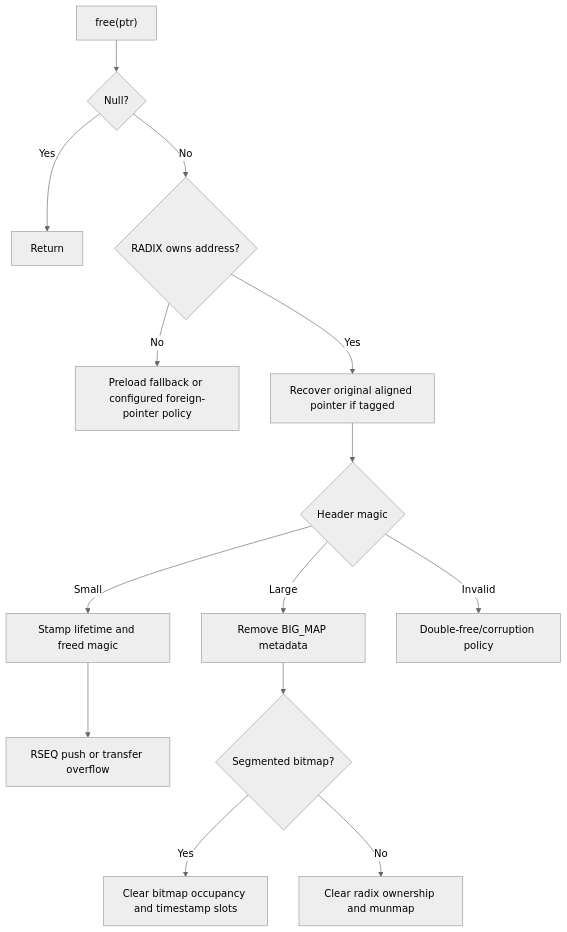
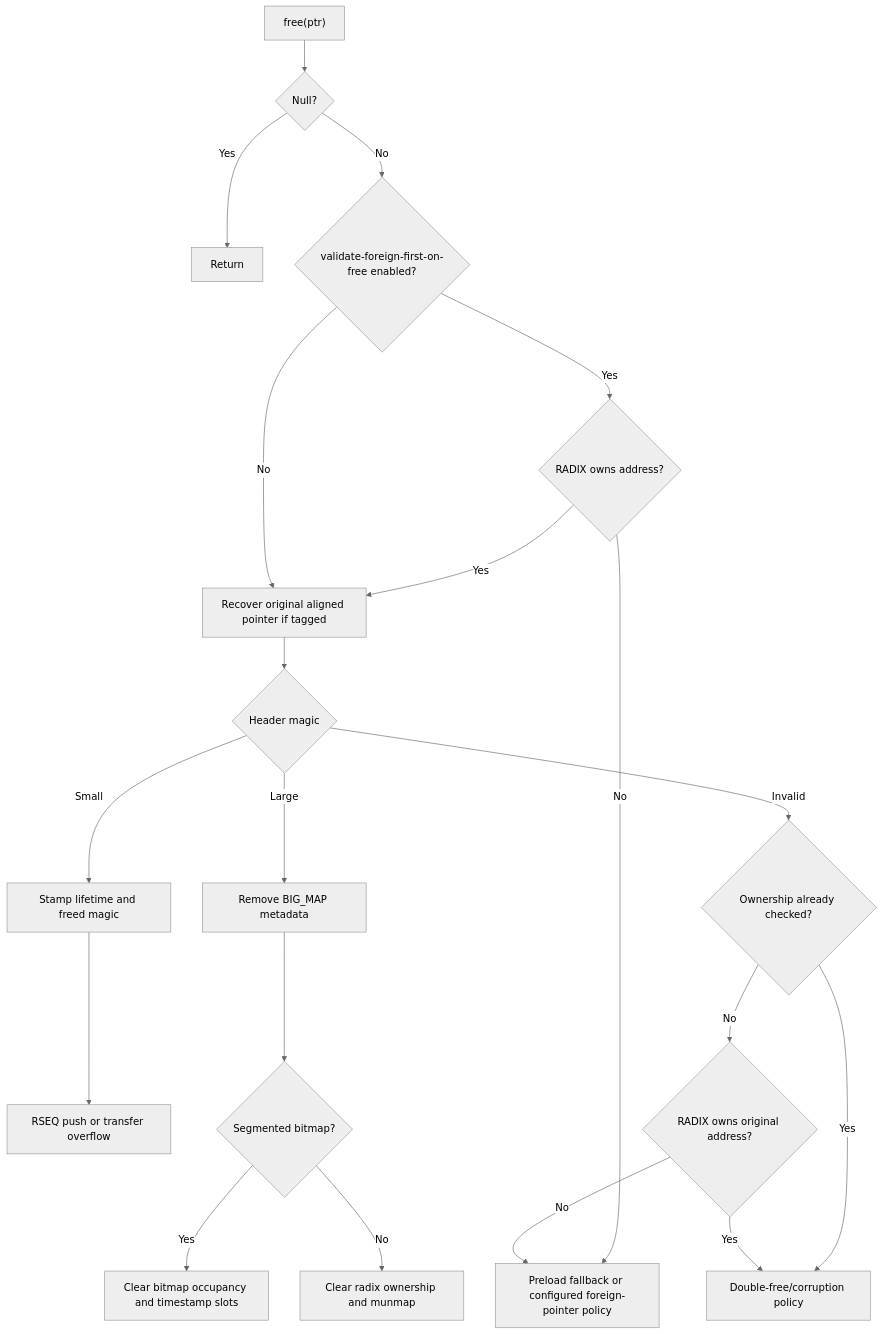
Before and after one commit to Metehan120/rsmalloc: the third of 3 diagrams in ARCHITECTURE.md, drawn with Mermaid (neutral theme). The commit also changed other lines of this file and 7 other files, not shown here.

Commit message:
changing free ownership assumtpions

````diff
--- a/ARCHITECTURE.md
+++ b/ARCHITECTURE.md
@@ -377,16 +377,22 @@
 ```mermaid
 flowchart TD
     PTR["free(ptr)"] --> NULL{"Null?"}
     NULL -- Yes --> DONE[Return]
-    NULL -- No --> OWN{"RADIX owns address?"}
+    NULL -- No --> FIRST{"validate-foreign-first-on-free enabled?"}
+    FIRST -- Yes --> OWN{"RADIX owns address?"}
     OWN -- No --> FOREIGN["Preload fallback or configured foreign-pointer policy"]
     OWN -- Yes --> ALIGN["Recover original aligned pointer if tagged"]
+    FIRST -- No --> ALIGN
     ALIGN --> MAGIC{"Header magic"}
     MAGIC -- Small --> AGE["Stamp lifetime and freed magic"]
     AGE --> PUSH["RSEQ push or transfer overflow"]
     MAGIC -- Large --> META["Remove BIG_MAP metadata"]
     META --> KIND{"Segmented bitmap?"}
     KIND -- Yes --> BFREE["Clear bitmap occupancy and timestamp slots"]
     KIND -- No --> UNMAP["Clear radix ownership and munmap"]
-    MAGIC -- Invalid --> ABORT["Double-free/corruption policy"]
+    MAGIC -- Invalid --> LATE{"Ownership already checked?"}
+    LATE -- Yes --> ABORT["Double-free/corruption policy"]
+    LATE -- No --> CHECK{"RADIX owns original address?"}
+    CHECK -- Yes --> ABORT
+    CHECK -- No --> FOREIGN
 ```
````
